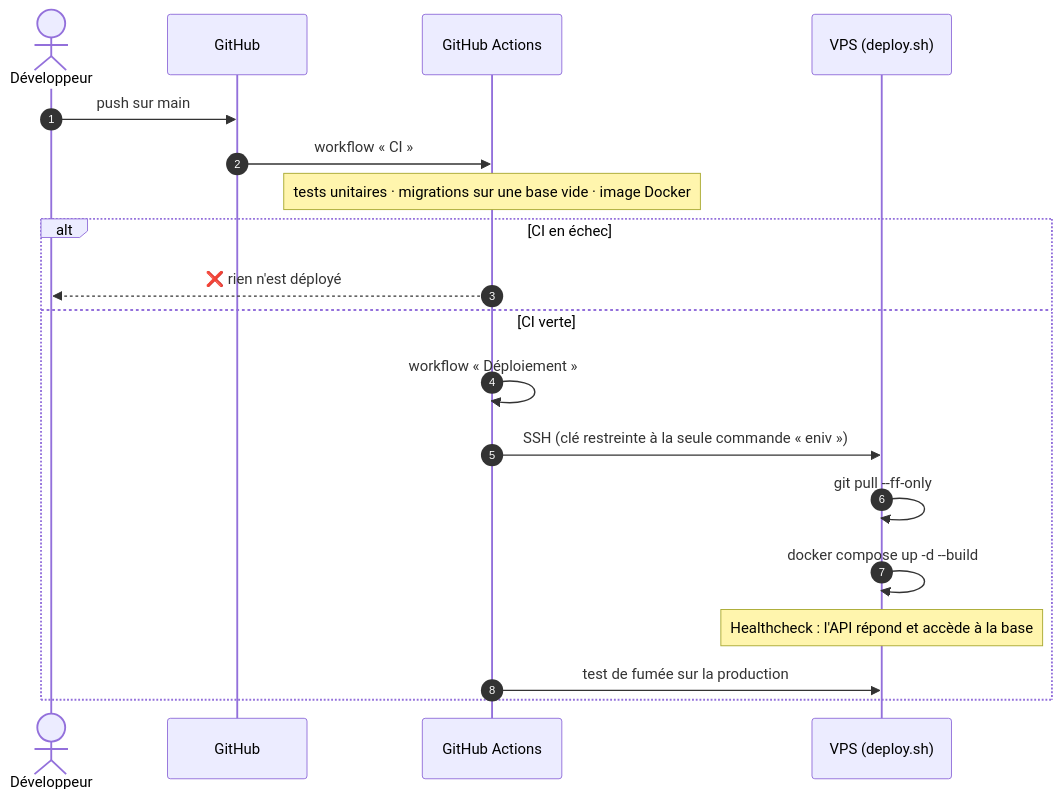
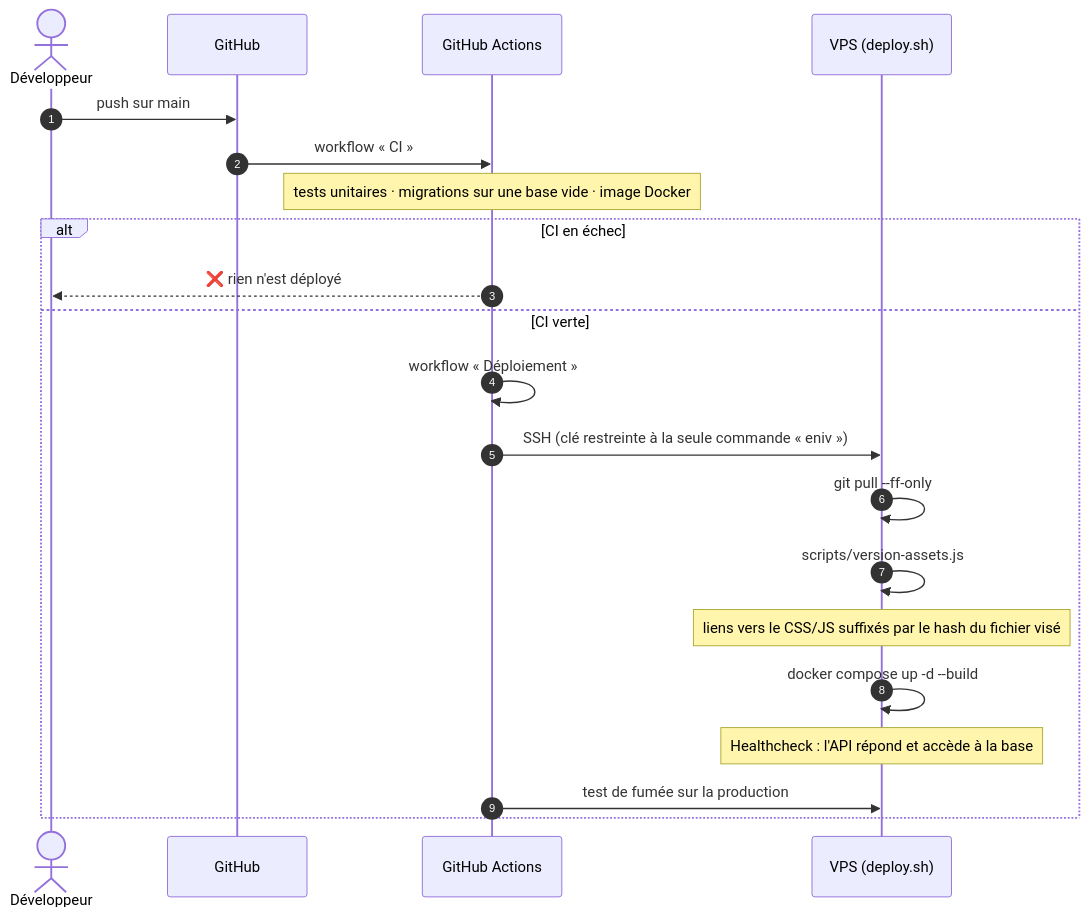
One commit to ENIV-ENT/ENIV changed the second of 2 diagrams in README.md. Above: the diagram before and after it, drawn with Mermaid. The commit also changed other lines of this file, not shown here.

Commit message:
docs(readme): versions des assets calculées au déploiement

````diff
--- a/README.md
+++ b/README.md
@@ -215,21 +215,23 @@
 ```mermaid
 sequenceDiagram
     autonumber
     actor Dev as Développeur
     participant GH as GitHub
     participant GA as GitHub Actions
     participant VPS as VPS (deploy.sh)
     Dev->>GH: push sur main
     GH->>GA: workflow « CI »
     Note over GA: tests unitaires · migrations sur une base vide · image Docker
     alt CI en échec
         GA-->>Dev: ❌ rien n'est déployé
     else CI verte
         GA->>GA: workflow « Déploiement »
         GA->>VPS: SSH (clé restreinte à la seule commande « eniv »)
         VPS->>VPS: git pull --ff-only
+        VPS->>VPS: scripts/version-assets.js
+        Note over VPS: liens vers le CSS/JS suffixés par le hash du fichier visé
         VPS->>VPS: docker compose up -d --build
         Note over VPS: Healthcheck : l'API répond et accède à la base
         GA->>VPS: test de fumée sur la production
     end
 ```
````
